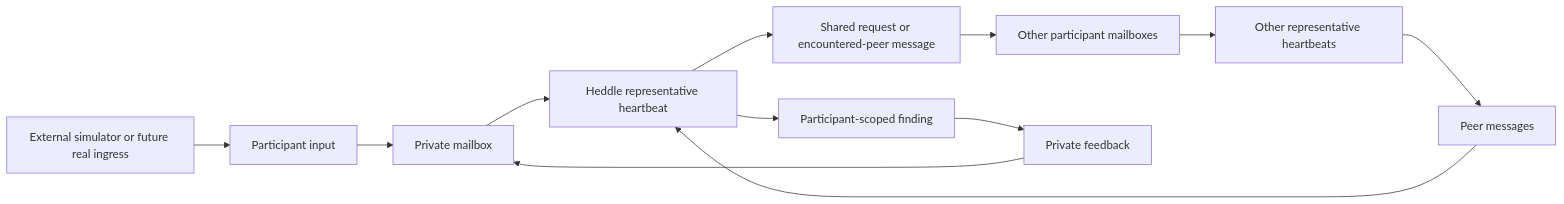
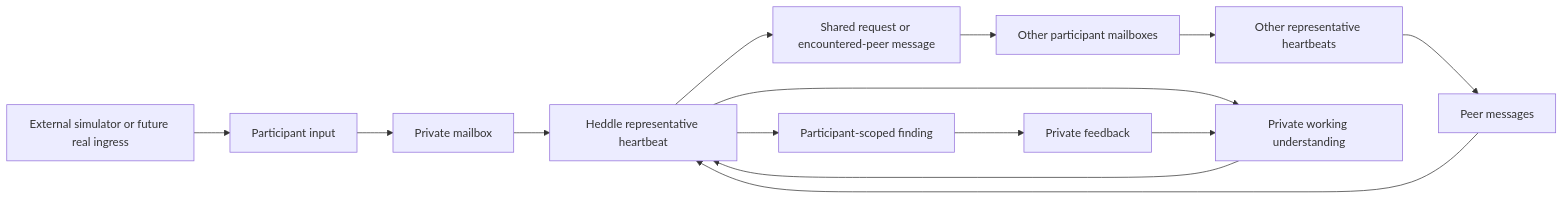
Before and after one commit to roackb2/lucid: the diagram in README.md, drawn with Mermaid. The commit also changed other lines of this file and 15 other files, not shown here.

````diff
--- a/README.md
+++ b/README.md
@@ -31,15 +33,17 @@
 ```mermaid
 flowchart LR
   I["Participant input"] --> M["Private mailbox"]
   M --> H["Heddle representative heartbeat"]
   H --> S["Shared request or encountered-peer message"]
   S --> N["Other participant mailboxes"]
   N --> H2["Other representative heartbeats"]
   H2 --> R["Peer messages"]
   R --> H
+  H --> W["Private working understanding"]
+  W --> H
   H --> F["Participant-scoped finding"]
   F --> B["Private feedback"]
-  B --> M
+  B --> W
 
   X["External simulator or future real ingress"] --> I
 ```
````
